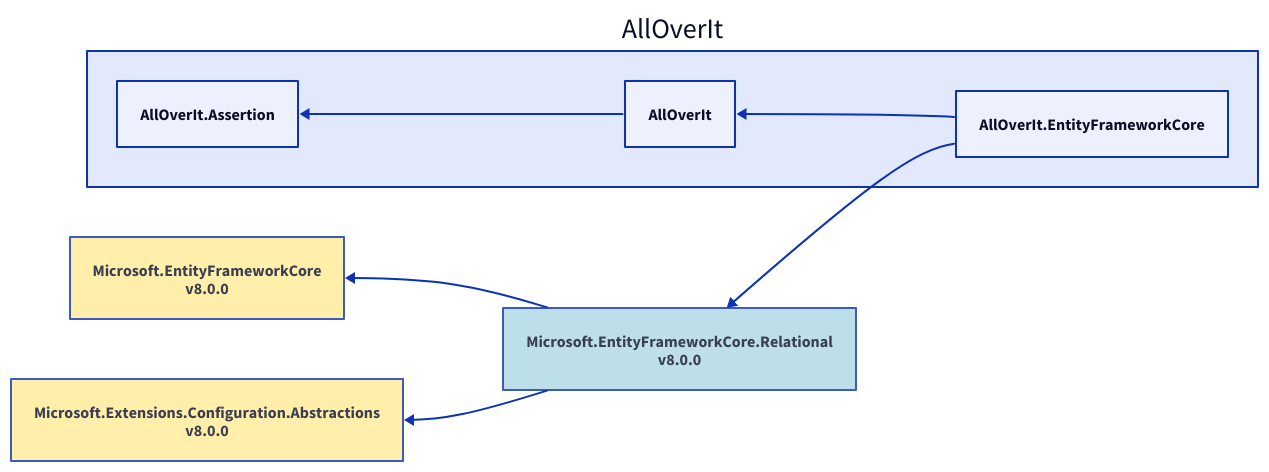
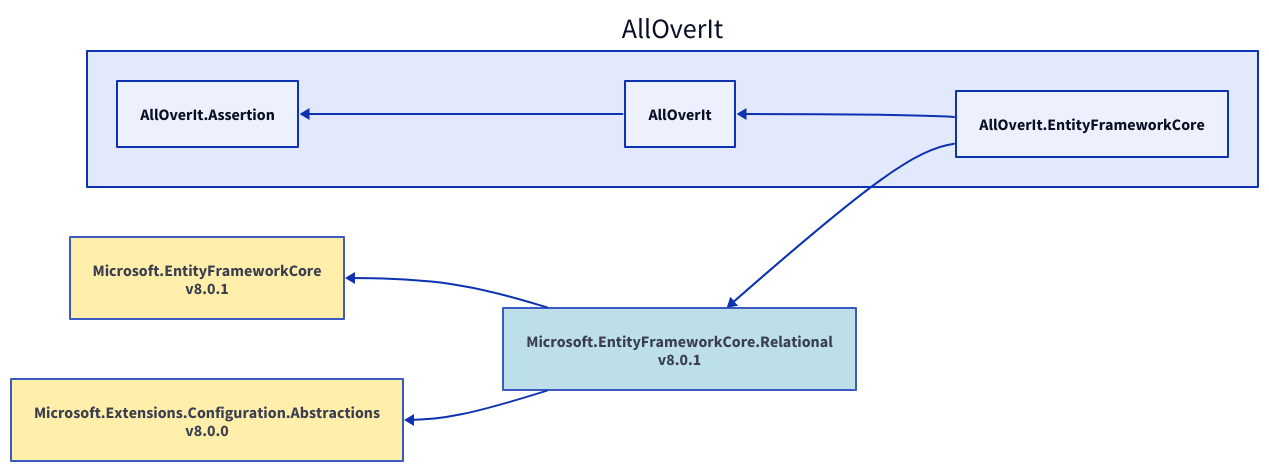
One commit to mjfreelancing/AllOverIt changed the diagram in Docs/Reference/Content/images/dependencies/net8.0/alloverit-entityframeworkcore.d2. Above: the diagram before and after it, drawn with D2. The commit also changed 56 other files, not shown here.

```diff
--- a/Docs/Reference/Content/images/dependencies/net8.0/alloverit-entityframeworkcore.d2
+++ b/Docs/Reference/Content/images/dependencies/net8.0/alloverit-entityframeworkcore.d2
@@ -1,20 +1,20 @@
 direction: left
 
 aoi: AllOverIt
 aoi.alloverit-entityframeworkcore: AllOverIt.EntityFrameworkCore
-microsoft-entityframeworkcore-relational_8-0-0: Microsoft.EntityFrameworkCore.Relational\nv8.0.0
-microsoft-entityframeworkcore-relational_8-0-0.style.fill: "#ADD8E6"
-microsoft-entityframeworkcore-relational_8-0-0.style.opacity: 0.8
-microsoft-entityframeworkcore_8-0-0: Microsoft.EntityFrameworkCore\nv8.0.0
-microsoft-entityframeworkcore_8-0-0.style.fill: "#FFEC96"
-microsoft-entityframeworkcore_8-0-0.style.opacity: 0.8
-microsoft-entityframeworkcore_8-0-0 <- microsoft-entityframeworkcore-relational_8-0-0
+microsoft-entityframeworkcore-relational_8-0-1: Microsoft.EntityFrameworkCore.Relational\nv8.0.1
+microsoft-entityframeworkcore-relational_8-0-1.style.fill: "#ADD8E6"
+microsoft-entityframeworkcore-relational_8-0-1.style.opacity: 0.8
+microsoft-entityframeworkcore_8-0-1: Microsoft.EntityFrameworkCore\nv8.0.1
+microsoft-entityframeworkcore_8-0-1.style.fill: "#FFEC96"
+microsoft-entityframeworkcore_8-0-1.style.opacity: 0.8
+microsoft-entityframeworkcore_8-0-1 <- microsoft-entityframeworkcore-relational_8-0-1
 microsoft-extensions-configuration-abstractions_8-0-0: Microsoft.Extensions.Configuration.Abstractions\nv8.0.0
 microsoft-extensions-configuration-abstractions_8-0-0.style.fill: "#FFEC96"
 microsoft-extensions-configuration-abstractions_8-0-0.style.opacity: 0.8
-microsoft-extensions-configuration-abstractions_8-0-0 <- microsoft-entityframeworkcore-relational_8-0-0
-microsoft-entityframeworkcore-relational_8-0-0 <- aoi.alloverit-entityframeworkcore
+microsoft-extensions-configuration-abstractions_8-0-0 <- microsoft-entityframeworkcore-relational_8-0-1
+microsoft-entityframeworkcore-relational_8-0-1 <- aoi.alloverit-entityframeworkcore
 aoi.alloverit: AllOverIt
 aoi.alloverit-assertion: AllOverIt.Assertion
 aoi.alloverit-assertion <- aoi.alloverit
 aoi.alloverit <- aoi.alloverit-entityframeworkcore
```
